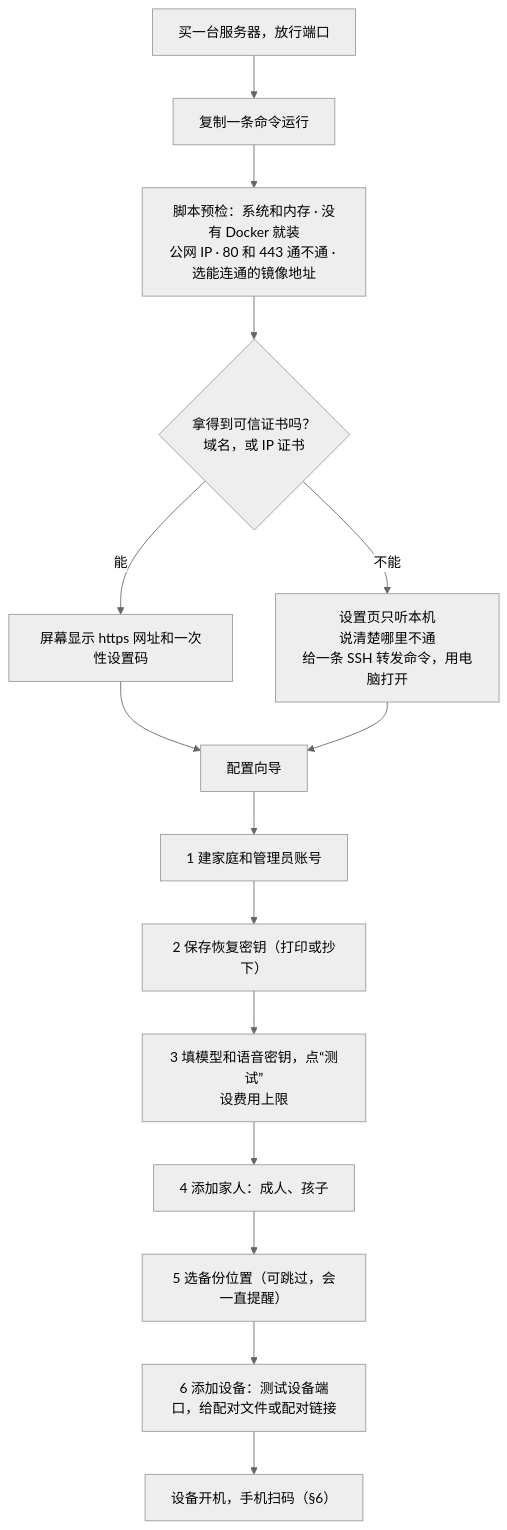
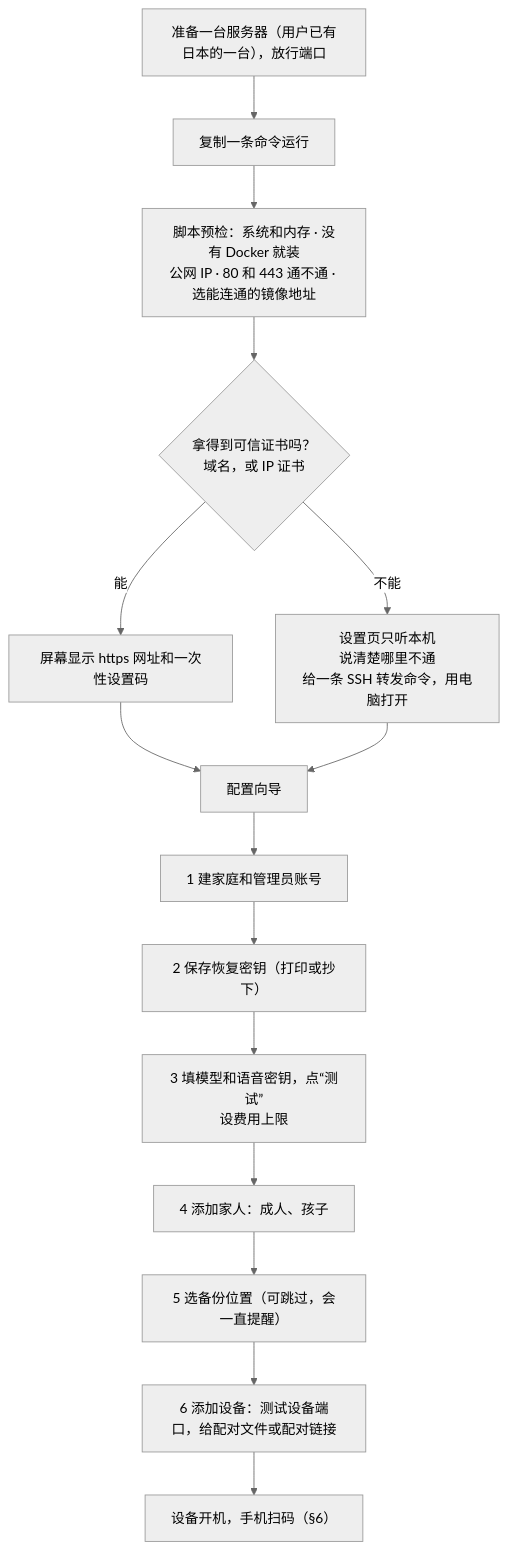
Before and after one commit to Gidean-zcx/ink: the third of 18 diagrams in docs/hub/hub-architecture.md, drawn with Mermaid (neutral theme). The commit also changed other lines of this file and 6 other files, not shown here.

````diff
--- a/docs/hub/hub-architecture.md
+++ b/docs/hub/hub-architecture.md
@@ -258,17 +269,17 @@
 ```mermaid
 flowchart TB
-  A["买一台服务器，放行端口"] --> B["复制一条命令运行"]
+  A["准备一台服务器（用户已有日本的一台），放行端口"] --> B["复制一条命令运行"]
   B --> C["脚本预检：系统和内存 · 没有 Docker 就装<br/>公网 IP · 80 和 443 通不通 · 选能连通的镜像地址"]
   C --> D{"拿得到可信证书吗？<br/>域名，或 IP 证书"}
   D -- "能" --> E["屏幕显示 https 网址和一次性设置码"]
   D -- "不能" --> F["设置页只听本机<br/>说清楚哪里不通<br/>给一条 SSH 转发命令，用电脑打开"]
   E --> G["配置向导"]
   F --> G
   G --> H["1 建家庭和管理员账号"]
   H --> I["2 保存恢复密钥（打印或抄下）"]
   I --> J["3 填模型和语音密钥，点“测试”<br/>设费用上限"]
   J --> K["4 添加家人：成人、孩子"]
   K --> L["5 选备份位置（可跳过，会一直提醒）"]
   L --> M["6 添加设备：测试设备端口，给配对文件或配对链接"]
   M --> N["设备开机，手机扫码（§6）"]
 ```
````
